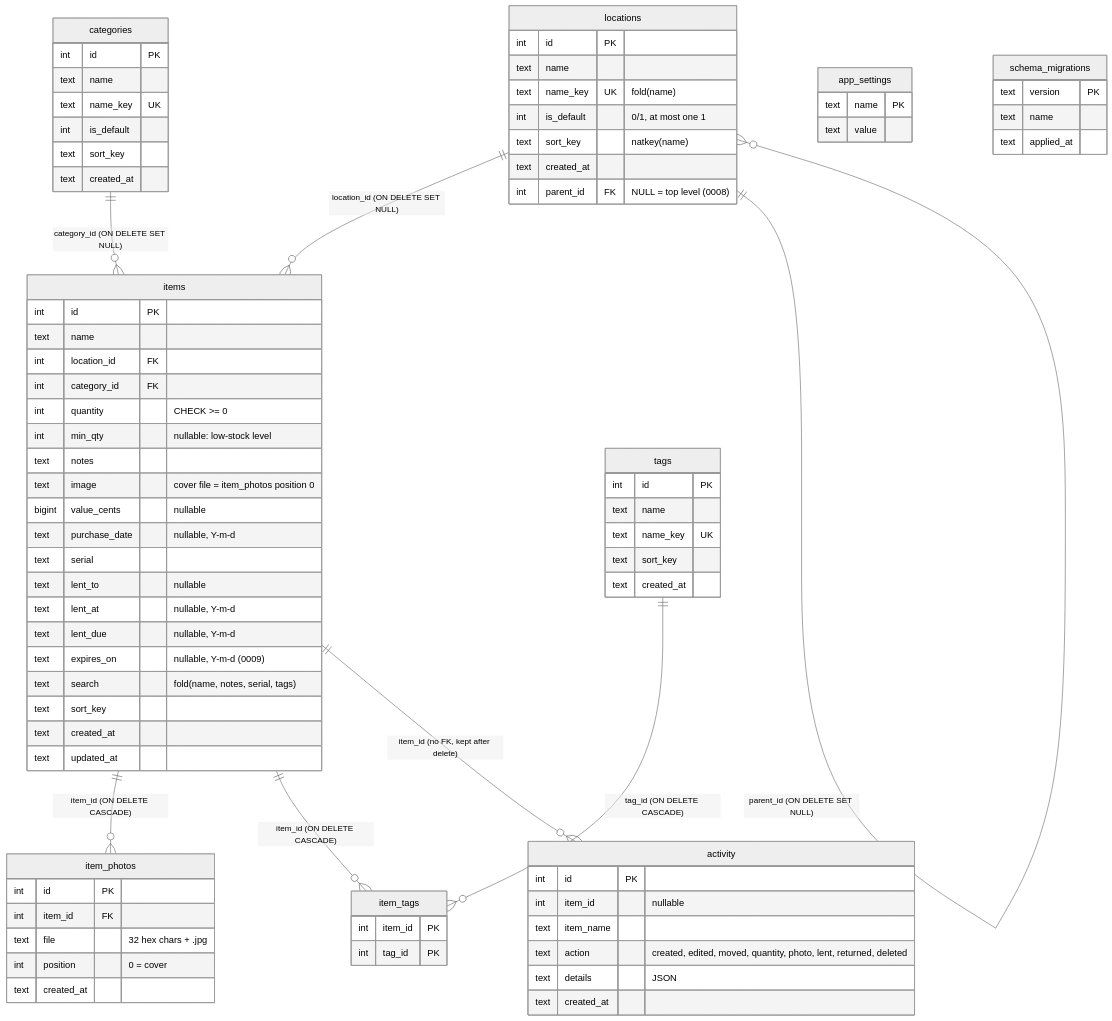
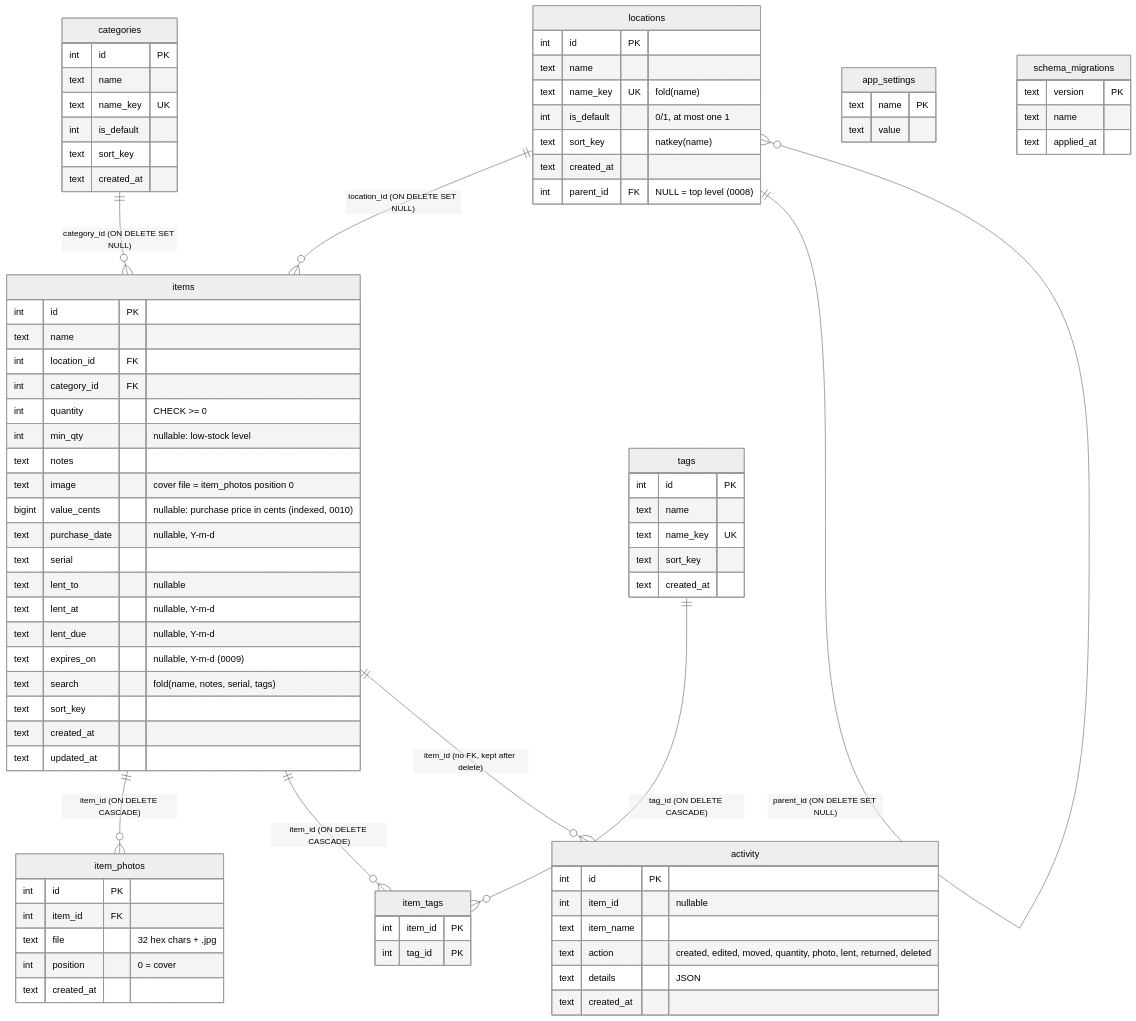
The first of 2 diagrams in docs/database.md (thordin9/apotheke), drawn with Mermaid (neutral theme) before and after one commit. The commit also changed other lines of this file and 14 other files, not shown here.

```diff
--- a/docs/database.md
+++ b/docs/database.md
@@ -41,7 +41,7 @@
     int min_qty "nullable: low-stock level"
     text notes
     text image "cover file = item_photos position 0"
-    bigint value_cents "nullable"
+    bigint value_cents "nullable: purchase price in cents (indexed, 0010)"
     text purchase_date "nullable, Y-m-d"
     text serial
     text lent_to "nullable"
```
